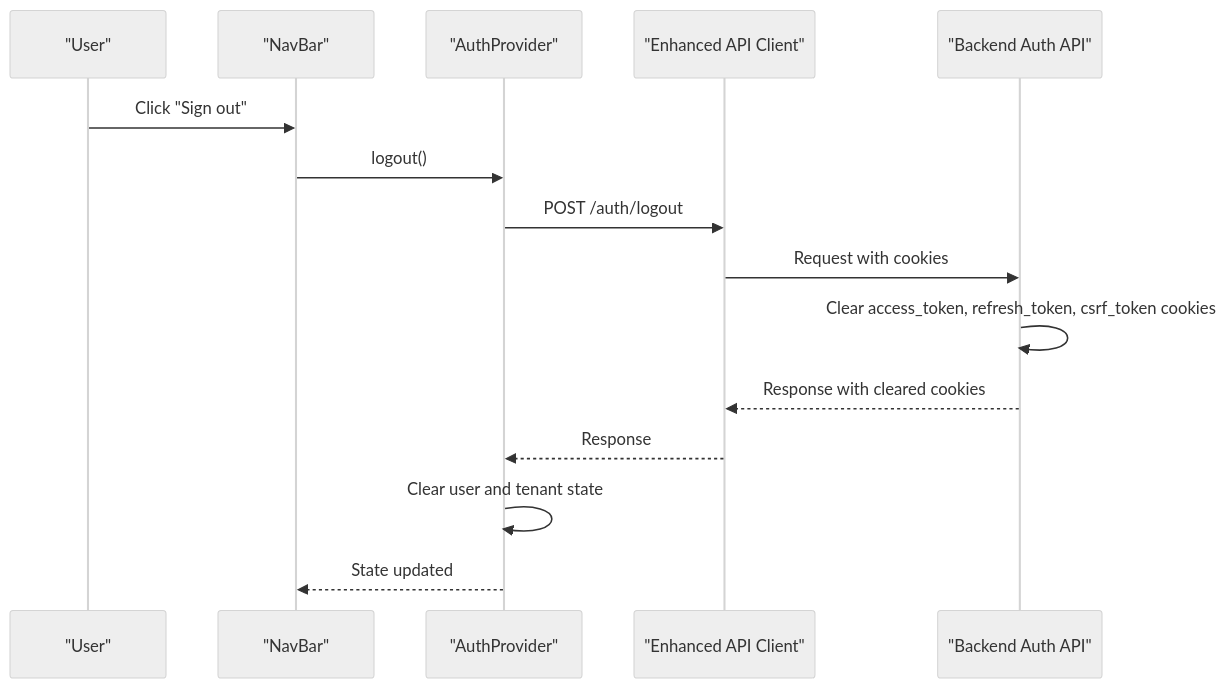
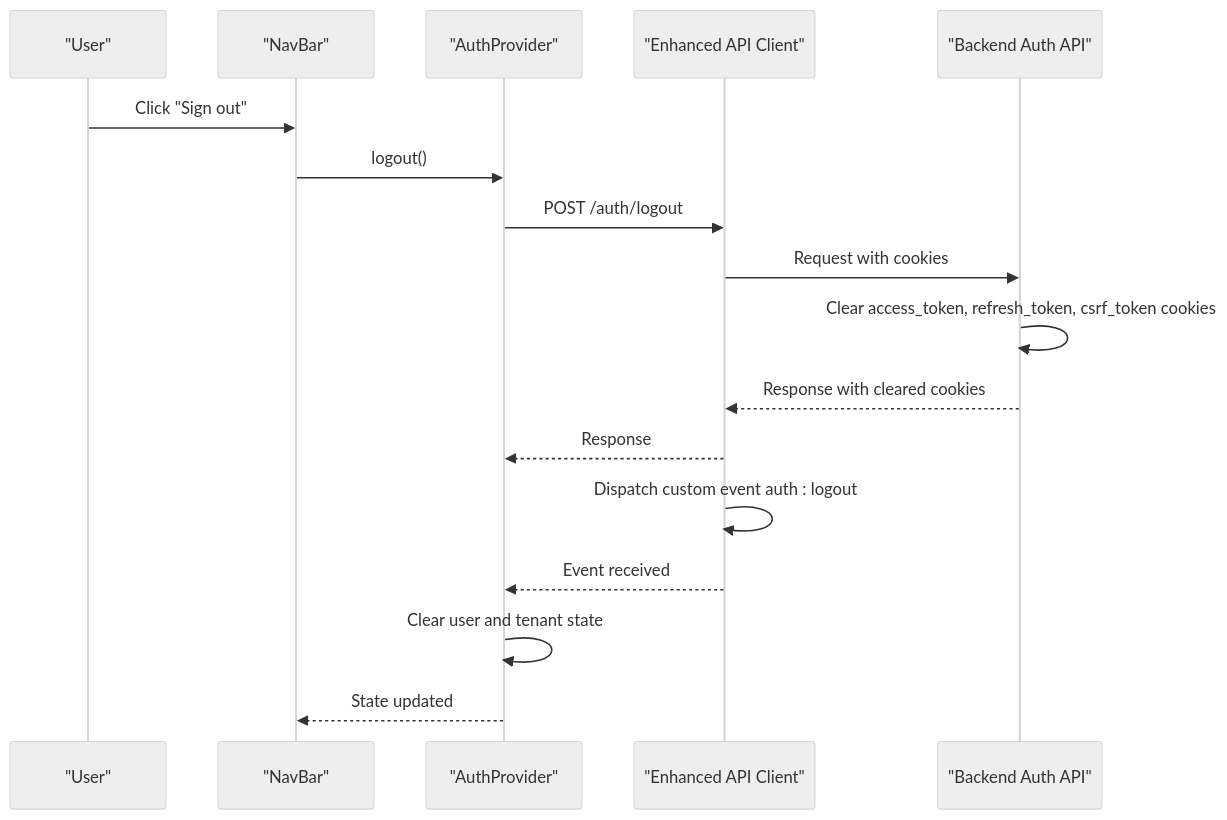
One commit to Revanththetalogics/aireume changed the tenth of 13 diagrams in .qoder/repowiki/en/content/Authentication & Authorization/Frontend Authentication Context.md. Above: the diagram before and after it, drawn with Mermaid (neutral theme). The commit also changed other lines of this file and 15 other files, not shown here.

````diff
--- a/.qoder/repowiki/en/content/Authentication & Authorization/Frontend Authentication Context.md
+++ b/.qoder/repowiki/en/content/Authentication & Authorization/Frontend Authentication Context.md
@@ -385,17 +499,19 @@
 ```mermaid
 sequenceDiagram
 participant User as "User"
 participant NavBar as "NavBar"
 participant Auth as "AuthProvider"
 participant API as "Enhanced API Client"
 participant Backend as "Backend Auth API"
 User->>NavBar : Click "Sign out"
 NavBar->>Auth : logout()
 Auth->>API : POST /auth/logout
 API->>Backend : Request with cookies
 Backend->>Backend : Clear access_token, refresh_token, csrf_token cookies
 Backend-->>API : Response with cleared cookies
 API-->>Auth : Response
+API->>API : Dispatch custom event auth : logout
+API-->>Auth : Event received
 Auth->>Auth : Clear user and tenant state
 Auth-->>NavBar : State updated
 ```
````
